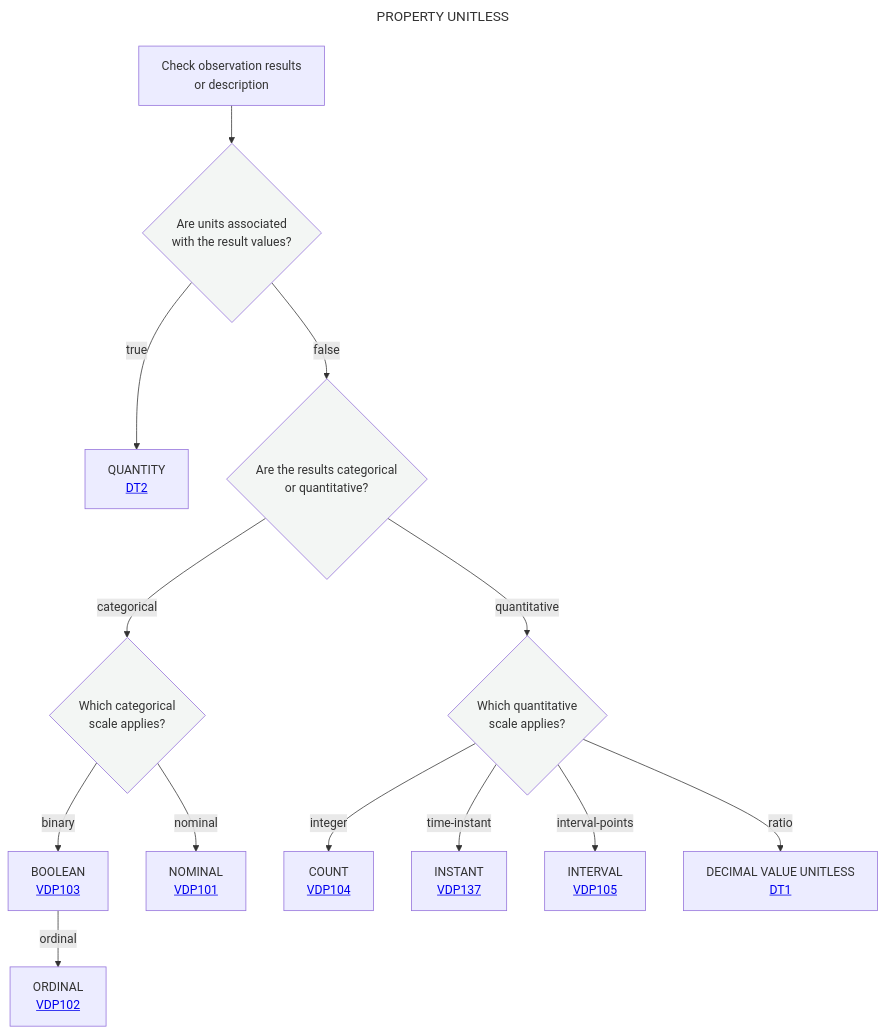
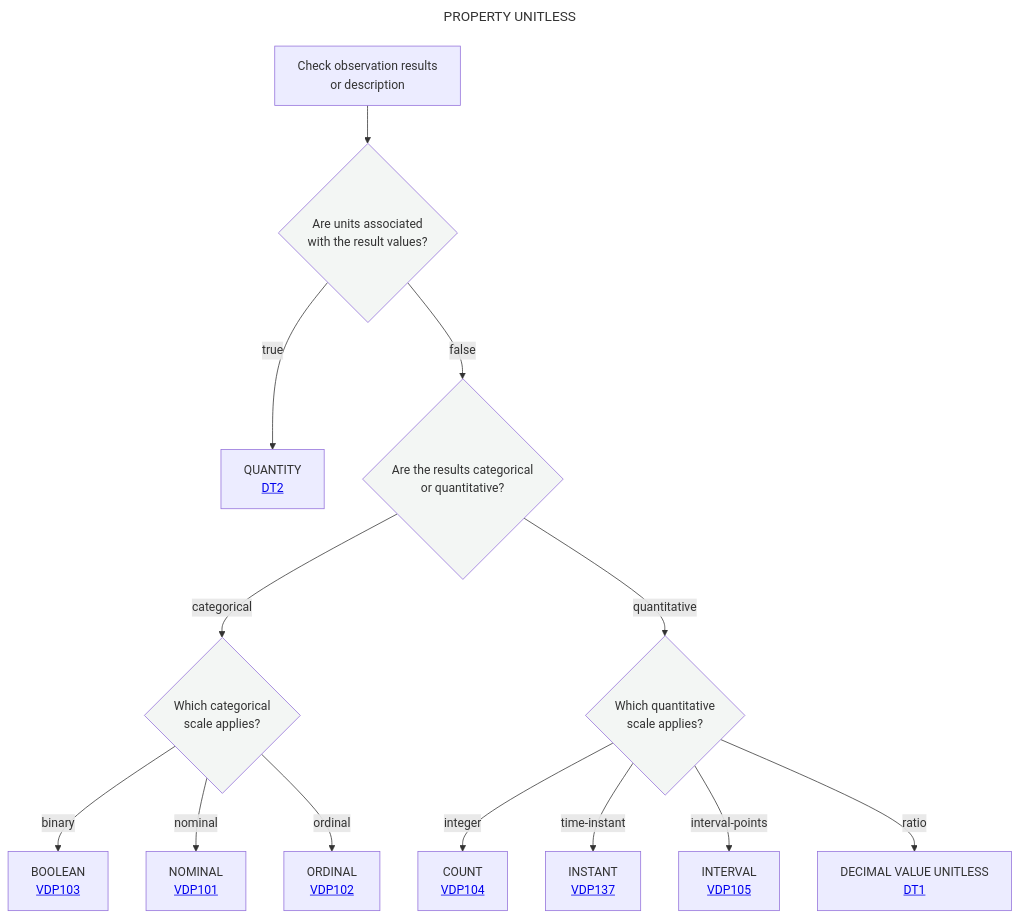
One commit to mabablue/I-ADOPT-patterns-playground changed the diagram in Decisition_trees/dttest.mmd. Above: the diagram before and after it, drawn with Mermaid.

```diff
--- a/Decisition_trees/dttest.mmd
+++ b/Decisition_trees/dttest.mmd
@@ -1,27 +1,27 @@
 ---
 title: PROPERTY UNITLESS
 ---
 flowchart TD
     A[Check observation results <br> or description] --> B{Are units associated <br> with the result values?}:::white
     
     %% Branch: Units Present -> QUANTITY (Ratio Scale with Units)
     B --> |true|N[QUANTITY <br> <a href='https://github.com/mabablue/I-ADOPT-patterns-playground/blob/main/Decisition_trees/DT2.mmd'>DT2</a><br>]
     
     %% Branch: Unitless Path
     B --> |false|C{Are the results categorical <br> or quantitative?}:::white
     
     %% Categorical Branch (Binary, Nominal, Ordinal)
     C -- categorical --> D{Which categorical <br> scale applies?}:::white
     D -- binary --> E[BOOLEAN <br> <a href='https://github.com/mabablue/I-ADOPT-patterns-playground/blob/main/pattern/VDP103.yaml'>VDP103</a><br>]
     D -- nominal -->F[NOMINAL <br> <a href='https://github.com/mabablue/I-ADOPT-patterns-playground/blob/main/pattern/VDP101.yaml'>VDP101</a><br>]
-    E -- ordinal -->G[ORDINAL <br> <a href='https://github.com/mabablue/I-ADOPT-patterns-playground/blob/main/pattern/VDP102.yaml'>VDP102</a><br>]
+    D -- ordinal -->G[ORDINAL <br> <a href='https://github.com/mabablue/I-ADOPT-patterns-playground/blob/main/pattern/VDP102.yaml'>VDP102</a><br>]
     C -- quantitative -->H{Which quantitative <br> scale applies?}:::white
     H -- integer -->I[COUNT <br> <a href='https://github.com/mabablue/I-ADOPT-patterns-playground/blob/main/pattern/VDP104.yaml'>VDP104</a><br>]
     H -- time-instant -->K[INSTANT <br> <a href='https://github.com/mabablue/I-ADOPT-patterns-playground/blob/main/pattern/VDP137.yaml'>VDP137</a><br>]
     H -- interval-points -->L[INTERVAL <br> <a href='https://github.com/mabablue/I-ADOPT-patterns-playground/blob/main/pattern/VDP105.yaml'>VDP105</a><br>]
     H -- ratio -->M[DECIMAL VALUE UNITLESS <br> <a href='https://github.com/mabablue/I-ADOPT-patterns-playground/blob/main/Decisition_trees/DT1.mmd'>DT1</a><br>]
 
     classDef blue fill:#90D5FF
     classDef satblue fill:#57B9FF
     classDef white fill:#f3f6f4
     classDef green fill:#6aa84f
```
